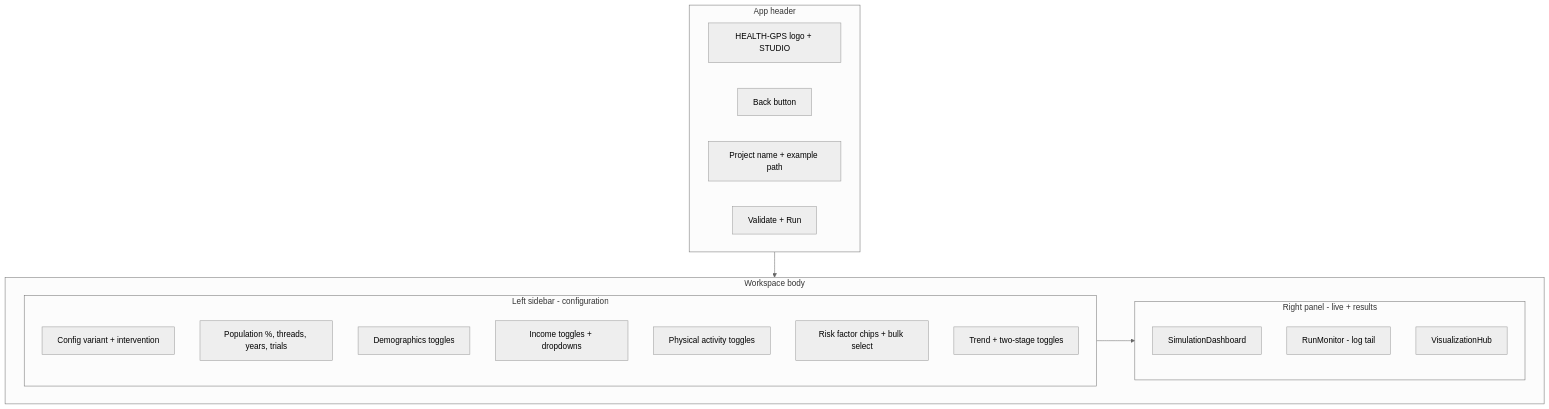
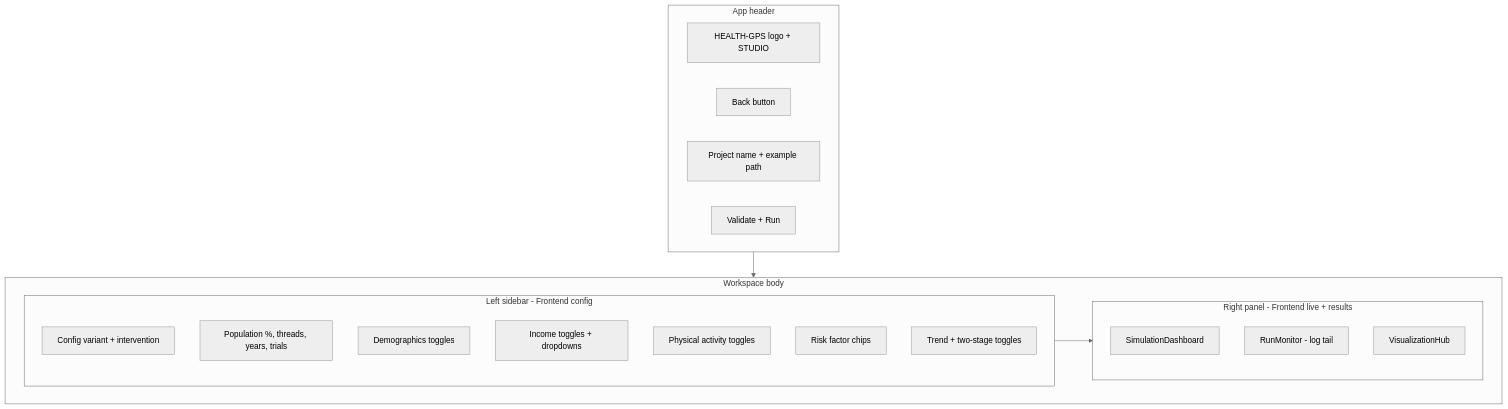
One commit to imperialCHEPI/healthgps changed the fourth of 10 diagrams in documentation/technical/plans/HealthGPS_studio-GUI.md. Above: the diagram before and after it, drawn with Mermaid (neutral theme). The commit also changed other lines of this file and 1 other file, not shown here.

````diff
--- a/documentation/technical/plans/HealthGPS_studio-GUI.md
+++ b/documentation/technical/plans/HealthGPS_studio-GUI.md
@@ -146,27 +219,30 @@
 ```mermaid
 flowchart TB
     subgraph header [App header]
-        LOGO[HEALTH-GPS logo + STUDIO]
-        BACK[Back button]
-        TITLE[Project name + example path]
-        ACTIONS[Validate + Run]
+        Logo[HEALTH-GPS logo + STUDIO]
+        Back[Back button]
+        Title[Project name + example path]
+        Actions[Validate + Run]
     end
+
     subgraph body [Workspace body]
-        subgraph sidebar [Left sidebar - configuration]
-            SETUP[Config variant + intervention]
-            RUNPARAMS[Population %, threads, years, trials]
-            DEMO[Demographics toggles]
-            INCOME[Income toggles + dropdowns]
+        subgraph sidebar [Left sidebar - Frontend config]
+            Setup[Config variant + intervention]
+            RunParams[Population %, threads, years, trials]
+            Demo[Demographics toggles]
+            Income[Income toggles + dropdowns]
             PA[Physical activity toggles]
-            RF[Risk factor chips + bulk select]
-            TREND[Trend + two-stage toggles]
+            RF[Risk factor chips]
+            Trend[Trend + two-stage toggles]
         end
-        subgraph main [Right panel - live + results]
-            SIM[SimulationDashboard]
+
+        subgraph main [Right panel - Frontend live + results]
+            Sim[SimulationDashboard]
             RM[RunMonitor - log tail]
-            VIZ[VisualizationHub]
+            Viz[VisualizationHub]
         end
     end
+
     header --> body
     sidebar --> main
 ```
````
